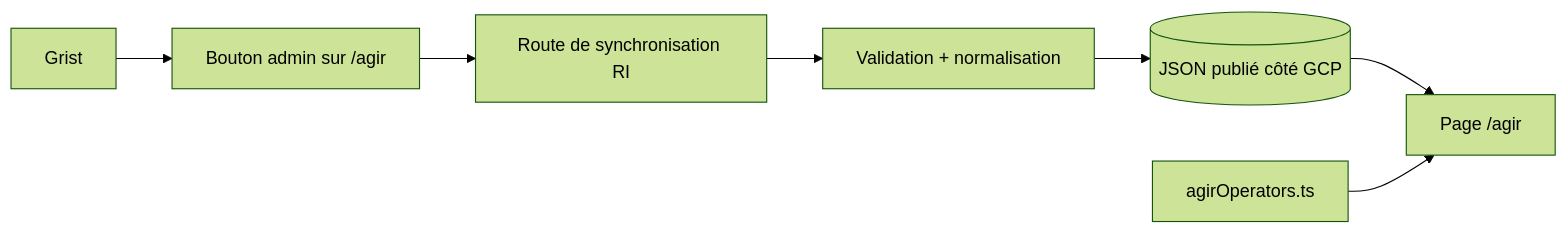
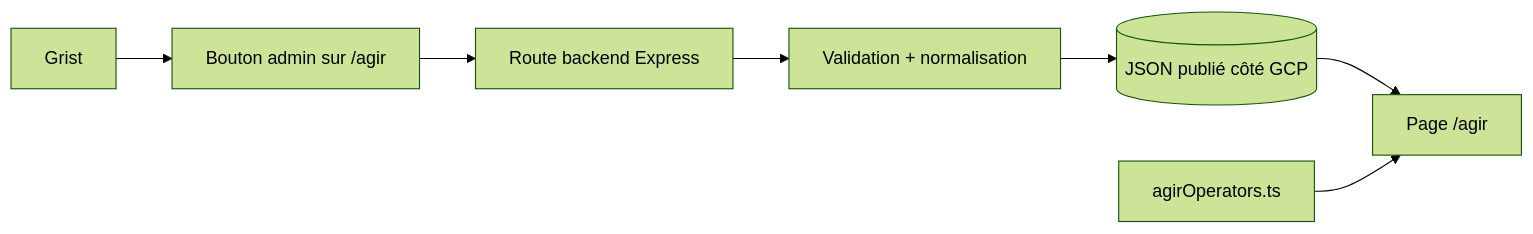
Before and after one commit to refugies-info/karfur: the first of 5 diagrams in documentation/client/agir-grist-sync/technical-plan.md, drawn with Mermaid (forest theme). The commit also changed other lines of this file and 1 other file, not shown here.

Commit message:
feat(documentation): ajouter un plan pour la synchronisation automatique des opérateurs AGIR

````diff
--- a/documentation/client/agir-grist-sync/technical-plan.md
+++ b/documentation/client/agir-grist-sync/technical-plan.md
@@ -17,9 +17,9 @@
 ```mermaid
 flowchart LR
   A[Grist] --> B[Bouton admin sur /agir]
-  B --> C[Route de synchronisation RI]
+  B --> C[Route backend Express]
   C --> D[Validation + normalisation]
   D --> E[(JSON publié côté GCP)]
   E --> F[Page /agir]
   G[agirOperators.ts] --> F
 ```
````
